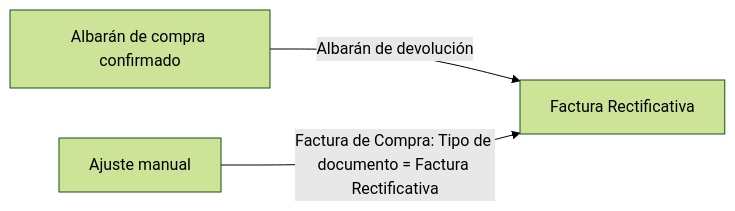
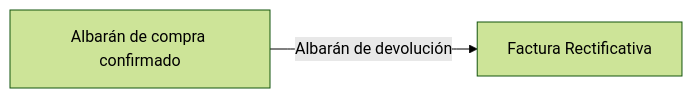
The diagram in docs/es/operaciones/compras/crear-una-devolucion-de-compra/crear-una-devolucion-de-compra.md (etendosoftware/etendo-docs), drawn with Mermaid (forest theme) before and after one commit. The commit also changed other lines of this file and 65 other files, not shown here.

````diff
--- a/docs/es/operaciones/compras/crear-una-devolucion-de-compra/crear-una-devolucion-de-compra.md
+++ b/docs/es/operaciones/compras/crear-una-devolucion-de-compra/crear-una-devolucion-de-compra.md
@@ -23,5 +21,4 @@
 ```mermaid
 flowchart LR
   A[Albarán de compra confirmado] -->|Albarán de devolución| B[Factura Rectificativa]
-  C[Ajuste manual] -->|Factura de Compra: Tipo de documento = Factura Rectificativa| B
 ```
````
